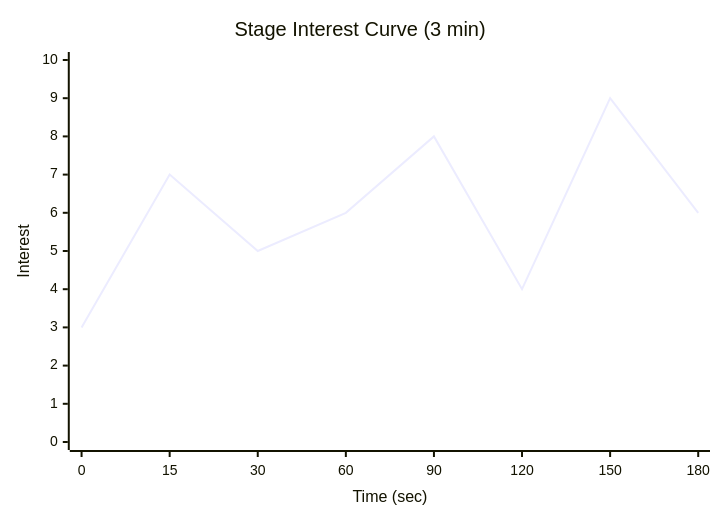
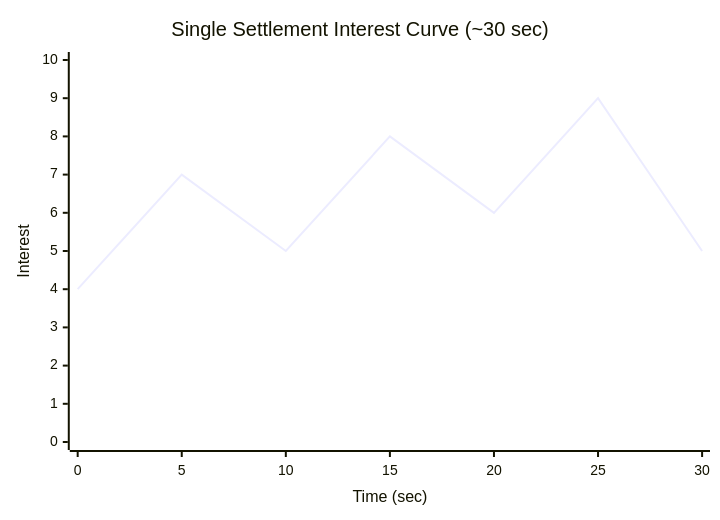
Before and after one commit to shuuter-web/game-studio: the first of 3 diagrams in docs/gdd/dragon-tide.md, drawn with Mermaid. The commit also changed other lines of this file, not shown here.

First line of the commit message:
feat: Dragon Tide — world map + settlement raid system

````diff
--- a/docs/gdd/dragon-tide.md
+++ b/docs/gdd/dragon-tide.md
@@ -132,7 +252,7 @@
 ```mermaid
 xychart-beta
-    title "Stage Interest Curve (3 min)"
-    x-axis "Time (sec)" [0, 15, 30, 60, 90, 120, 150, 180]
+    title "Single Settlement Interest Curve (~30 sec)"
+    x-axis "Time (sec)" [0, 5, 10, 15, 20, 25, 30]
     y-axis "Interest" 0 --> 10
-    line [3, 7, 5, 6, 8, 4, 9, 6]
+    line [4, 7, 5, 8, 6, 9, 5]
 ```
````
